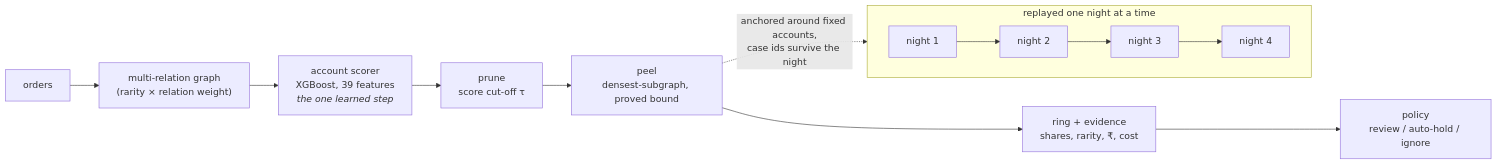
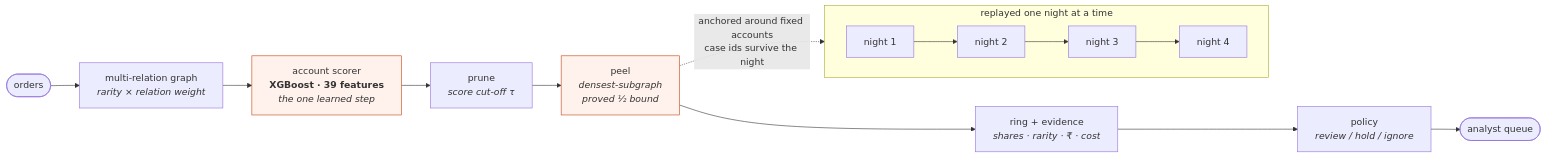
The first of 3 diagrams in README.md (adarshcod30/Orbweaver), drawn with Mermaid before and after one commit. The commit also changed other lines of this file and 13 other files, not shown here.

````diff
--- a/README.md
+++ b/README.md
@@ -67,15 +114,19 @@
 ```mermaid
 flowchart LR
-    O[orders] --> G["multi-relation graph<br/>(rarity × relation weight)"]
-    G --> S["account scorer<br/>XGBoost, 39 features<br/><i>the one learned step</i>"]
-    S --> P["prune<br/>score cut-off τ"]
-    P --> PE["peel<br/>densest-subgraph, proved bound"]
-    PE --> R["ring + evidence<br/>shares, rarity, ₹, cost"]
-    R --> PO["policy<br/>review / auto-hold / ignore"]
+    O([orders]) --> G["multi-relation graph<br/><i>rarity × relation weight</i>"]
+    G --> S["account scorer<br/><b>XGBoost · 39 features</b><br/><i>the one learned step</i>"]
+    S --> P["prune<br/><i>score cut-off τ</i>"]
+    P --> PE["peel<br/><i>densest-subgraph<br/>proved ½ bound</i>"]
+    PE --> R["ring + evidence<br/><i>shares · rarity · ₹ · cost</i>"]
+    R --> PO["policy<br/><i>review / hold / ignore</i>"]
+    PO --> Q([analyst queue])
 
-    subgraph nightly["replayed one night at a time"]
+    subgraph nightly [" replayed one night at a time "]
         direction LR
-        N1["night 1"] --> N2["night 2"] --> N3["night 3"] --> N4["night 4"]
+        N1[night 1] --> N2[night 2] --> N3[night 3] --> N4[night 4]
     end
-    PE -. anchored around fixed accounts,<br/>case ids survive the night .-> nightly
+    PE -. anchored around fixed accounts<br/>case ids survive the night .-> nightly
+
+    style S fill:#fff2ec,stroke:#c2410c
+    style PE fill:#fff2ec,stroke:#c2410c
 ```
````
